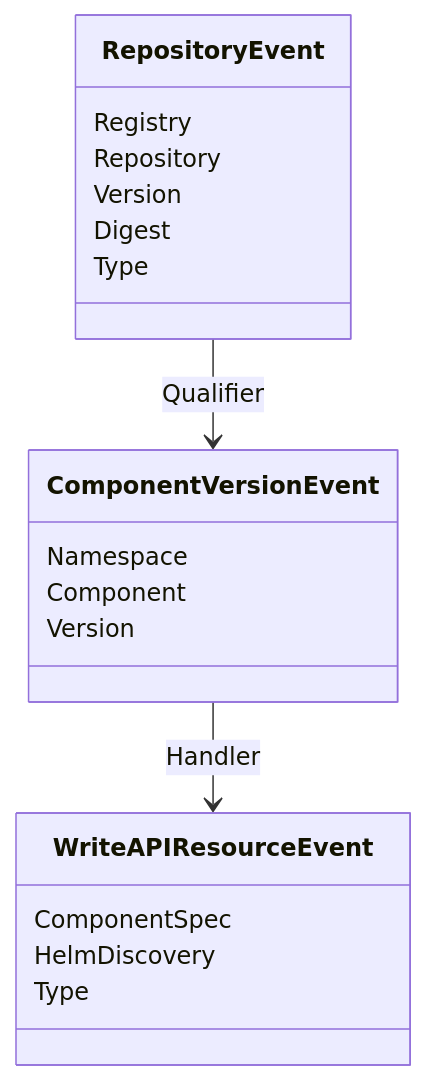
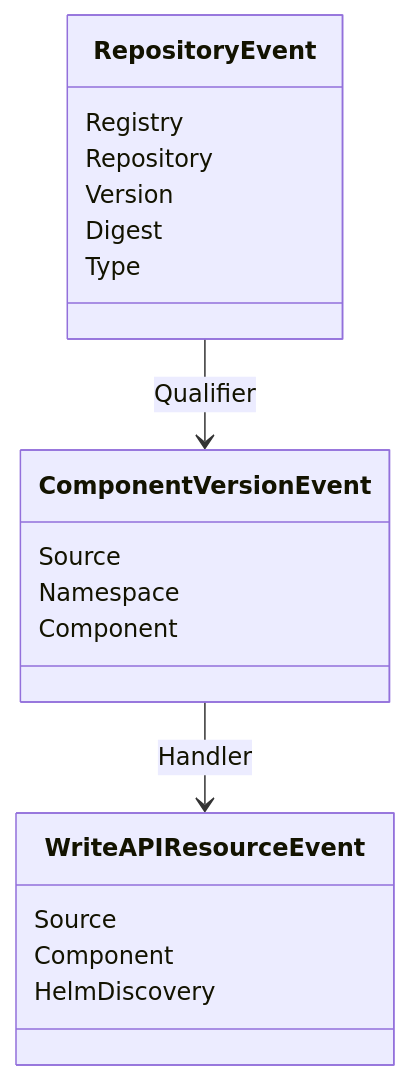
Before and after one commit to opendefensecloud/solution-arsenal: the second of 7 diagrams in docs/developer-guide/discovery_pipeline.md, drawn with Mermaid. The commit also changed other lines of this file and 5 other files, not shown here.

````diff
--- a/docs/developer-guide/discovery_pipeline.md
+++ b/docs/developer-guide/discovery_pipeline.md
@@ -58,25 +58,25 @@
 ```mermaid
 classDiagram
     class RepositoryEvent {
         Registry
         Repository
         Version
         Digest
         Type
     }
 
     class ComponentVersionEvent {
+        Source
         Namespace
         Component
-        Version
     }
 
     class WriteAPIResourceEvent {
-        ComponentSpec
+        Source
+        Component
         HelmDiscovery
-        Type
     }
 
     RepositoryEvent --> ComponentVersionEvent : Qualifier
     ComponentVersionEvent --> WriteAPIResourceEvent : Handler
 ```
````
